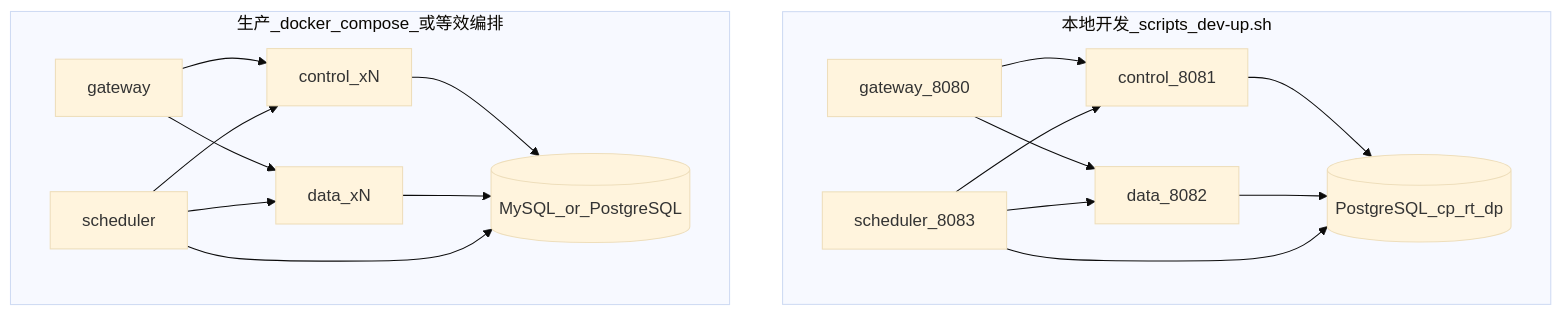
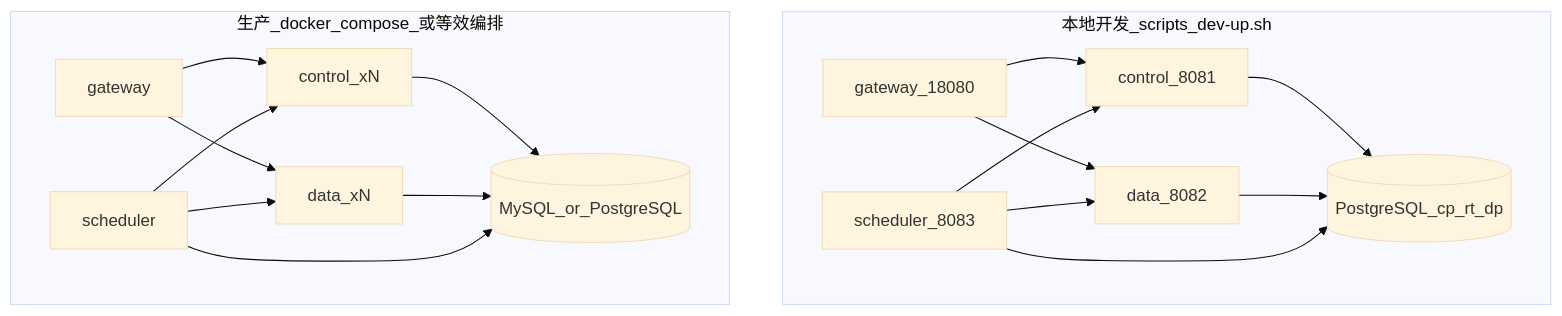
One commit to agentscope-ai/agentscope-java changed the diagram in agentscope-service/docs/managed_agents/guide/13-operations.md. Above: the diagram before and after it, drawn with Mermaid (base theme). The commit also changed other lines of this file and 209 other files, not shown here.

````diff
--- a/agentscope-service/docs/managed_agents/guide/13-operations.md
+++ b/agentscope-service/docs/managed_agents/guide/13-operations.md
@@ -14,21 +14,21 @@
 ```mermaid
 flowchart TB
   subgraph local [本地开发_scripts_dev-up.sh]
-    GW1[gateway_8080] --> CP1[control_8081]
+    GW1[gateway_18080] --> CP1[control_8081]
     GW1 --> DP1[data_8082]
     SCH1[scheduler_8083] --> CP1
     SCH1 --> DP1
     CP1 --> PG1[(PostgreSQL_cp_rt_dp)]
     DP1 --> PG1
     SCH1 --> PG1
   end
   subgraph prod [生产_docker_compose_或等效编排]
     GW2[gateway] --> CP2[control_xN]
     GW2 --> DP2[data_xN]
     SCH2[scheduler] --> CP2
     SCH2 --> DP2
     CP2 --> DB[(MySQL_or_PostgreSQL)]
     DP2 --> DB
     SCH2 --> DB
   end
 ```
````
